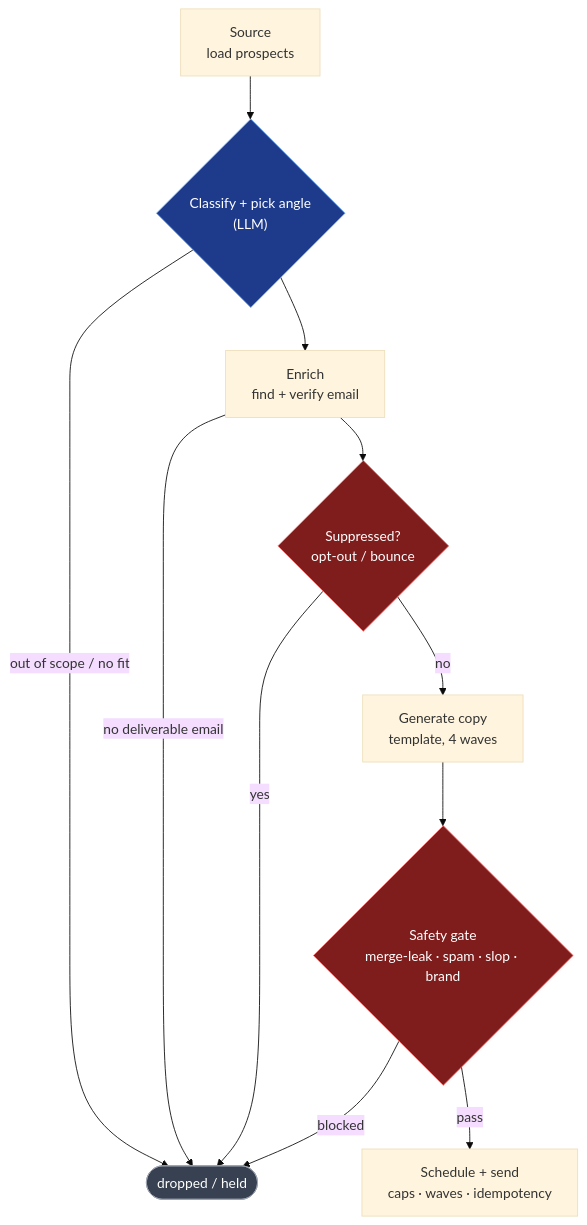
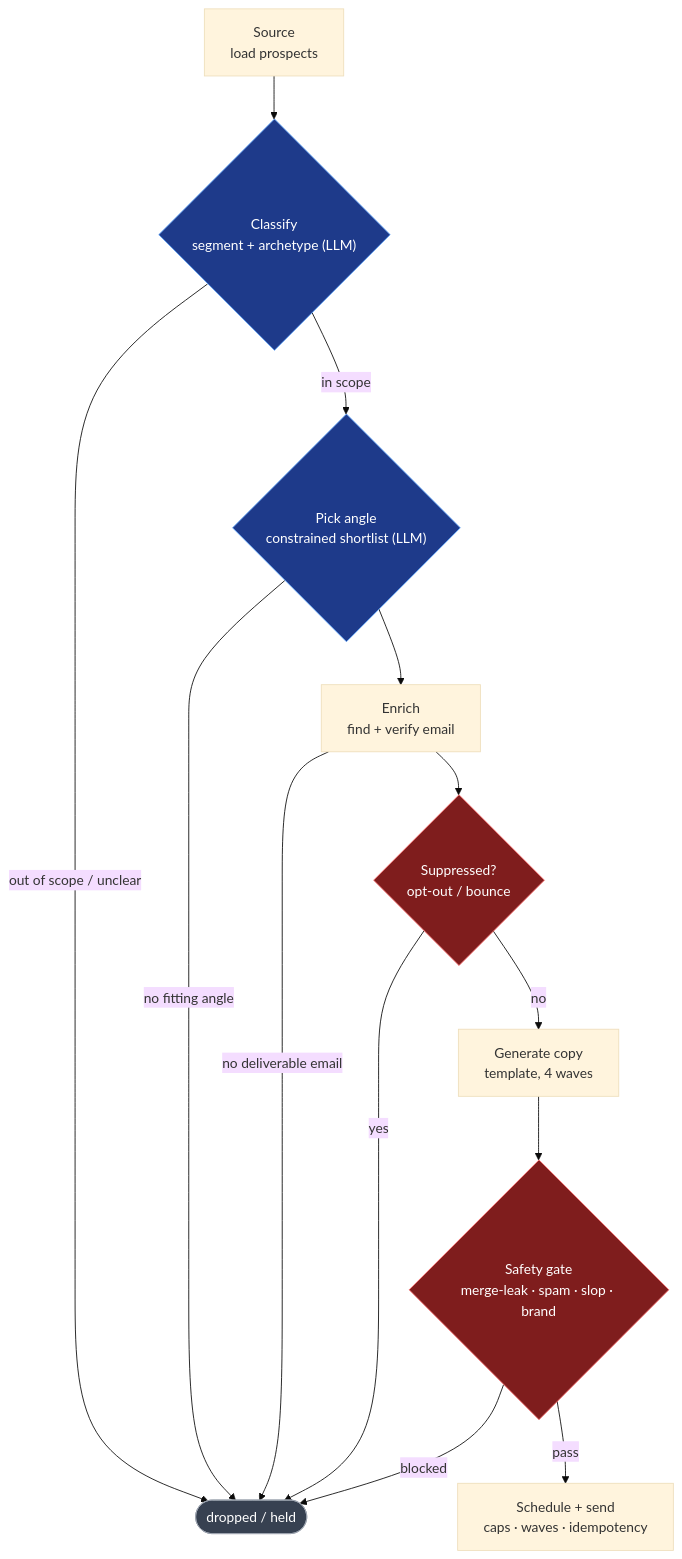
One commit to Samar-Bons/autonomous-outreach-agent changed the diagram in README.md. Above: the diagram before and after it, drawn with Mermaid (base theme).

Commit message:
docs: split classify and pick-angle back into distinct LLM stages
Merging them conflated two drop reasons (out-of-scope vs no-fitting-angle) and
hid the two-stage routing. Keep the single drop sink; 9 nodes, accurate.

````diff
--- a/README.md
+++ b/README.md
@@ -41,20 +41,22 @@
 ```mermaid
 flowchart TD
-    S["Source<br/>load prospects"] --> CL{"Classify + pick angle<br/>(LLM)"}
-    CL -->|"out of scope / no fit"| DROP(["dropped / held"])
-    CL --> EN["Enrich<br/>find + verify email"]
+    S["Source<br/>load prospects"] --> CL{"Classify<br/>segment + archetype (LLM)"}
+    CL -->|"out of scope / unclear"| DROP(["dropped / held"])
+    CL -->|"in scope"| PA{"Pick angle<br/>constrained shortlist (LLM)"}
+    PA -->|"no fitting angle"| DROP
+    PA --> EN["Enrich<br/>find + verify email"]
     EN -->|"no deliverable email"| DROP
     EN --> SUP{"Suppressed?<br/>opt-out / bounce"}
     SUP -->|"yes"| DROP
     SUP -->|"no"| GEN["Generate copy<br/>template, 4 waves"]
     GEN --> GATE{"Safety gate<br/>merge-leak · spam · slop · brand"}
     GATE -->|"blocked"| DROP
     GATE -->|"pass"| OUT["Schedule + send<br/>caps · waves · idempotency"]
 
     classDef llm fill:#1e3a8a,stroke:#60a5fa,color:#fff
     classDef gate fill:#7f1d1d,stroke:#f87171,color:#fff
     classDef drop fill:#374151,stroke:#9ca3af,color:#fff
-    class CL llm
+    class CL,PA llm
     class SUP,GATE gate
     class DROP drop
 ```
````
